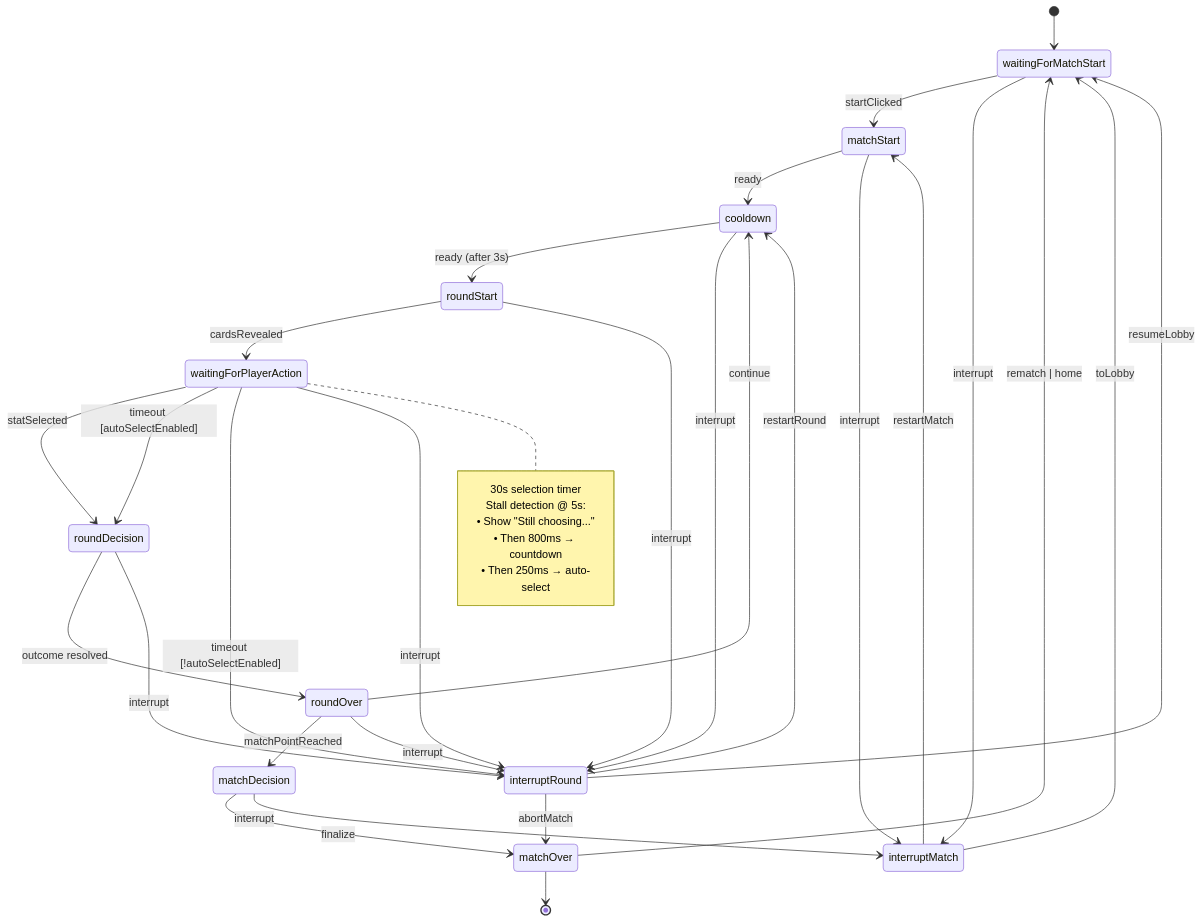
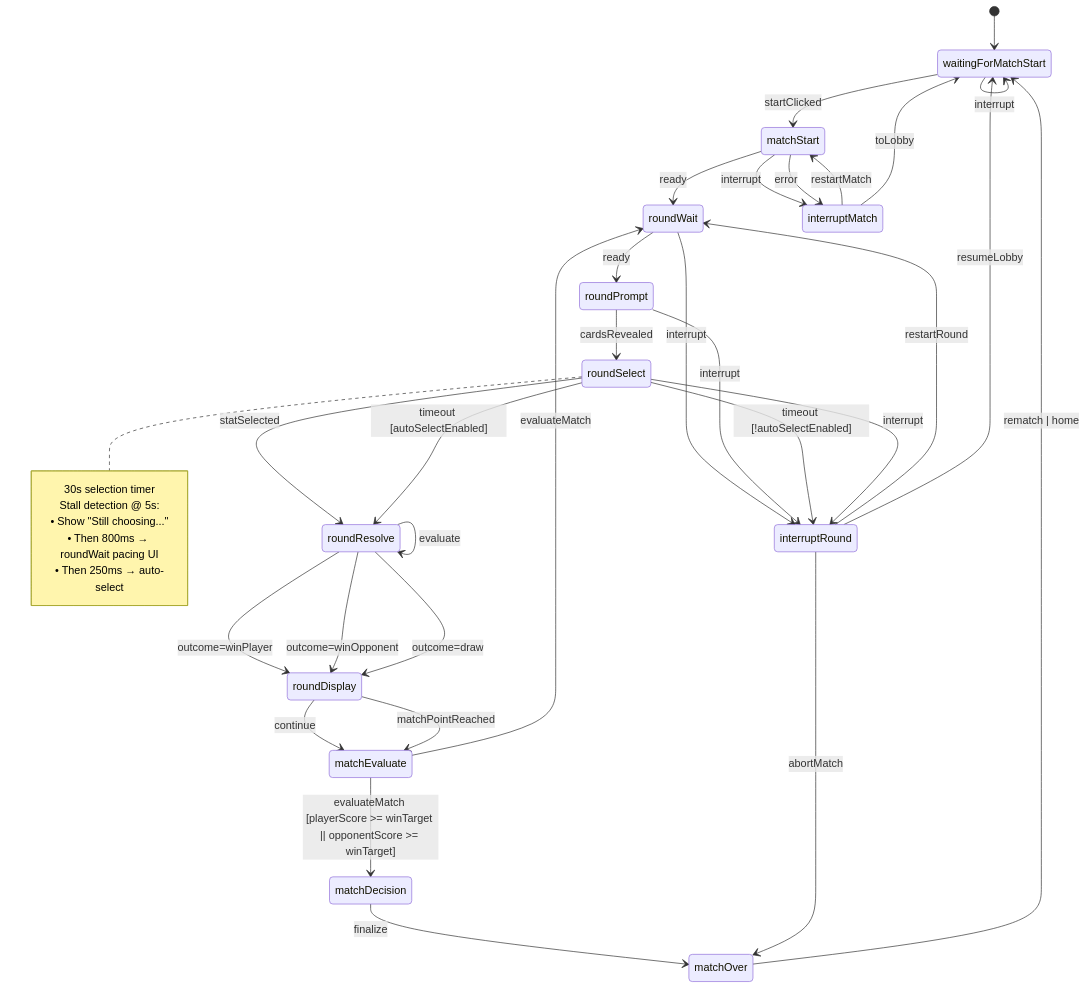
Before and after one commit to CyanAutomation/judokon: the first of 2 diagrams in design/productRequirementsDocuments/prdStateHandler.md, drawn with Mermaid. The commit also changed other lines of this file, not shown here.

````diff
--- a/design/productRequirementsDocuments/prdStateHandler.md
+++ b/design/productRequirementsDocuments/prdStateHandler.md
@@ -65,49 +71,52 @@
 ```mermaid
 stateDiagram-v2
   [*] --> waitingForMatchStart
 
   waitingForMatchStart --> matchStart: startClicked
-  waitingForMatchStart --> interruptMatch: interrupt
+  waitingForMatchStart --> waitingForMatchStart: interrupt
 
-  matchStart --> cooldown: ready
+  matchStart --> roundWait: ready
   matchStart --> interruptMatch: interrupt
+  matchStart --> interruptMatch: error
 
-  cooldown --> roundStart: ready (after 3s)
-  cooldown --> interruptRound: interrupt
+  roundWait --> roundPrompt: ready
+  roundWait --> interruptRound: interrupt
 
-  roundStart --> waitingForPlayerAction: cardsRevealed
-  roundStart --> interruptRound: interrupt
+  roundPrompt --> roundSelect: cardsRevealed
+  roundPrompt --> interruptRound: interrupt
 
-  waitingForPlayerAction --> roundDecision: statSelected
-  waitingForPlayerAction --> roundDecision: timeout [autoSelectEnabled]
-  waitingForPlayerAction --> interruptRound: timeout [!autoSelectEnabled]
-  waitingForPlayerAction --> interruptRound: interrupt
+  roundSelect --> roundResolve: statSelected
+  roundSelect --> roundResolve: timeout [autoSelectEnabled]
+  roundSelect --> interruptRound: timeout [!autoSelectEnabled]
+  roundSelect --> interruptRound: interrupt
 
-  note right of waitingForPlayerAction
+  note right of roundSelect
     30s selection timer
     Stall detection @ 5s:
     • Show "Still choosing..."
-    • Then 800ms → countdown
+    • Then 800ms → roundWait pacing UI
     • Then 250ms → auto-select
   end note
 
-  roundDecision --> roundOver: outcome resolved
-  roundDecision --> interruptRound: interrupt
+  roundResolve --> roundDisplay: outcome=winPlayer
+  roundResolve --> roundDisplay: outcome=winOpponent
+  roundResolve --> roundDisplay: outcome=draw
+  roundResolve --> roundResolve: evaluate
 
-  roundOver --> cooldown: continue
-  roundOver --> matchDecision: matchPointReached
-  roundOver --> interruptRound: interrupt
+  roundDisplay --> matchEvaluate: continue
+  roundDisplay --> matchEvaluate: matchPointReached
+
+  matchEvaluate --> matchDecision: evaluateMatch [playerScore >= winTarget || opponentScore >= winTarget]
+  matchEvaluate --> roundWait: evaluateMatch
 
   matchDecision --> matchOver: finalize
-  matchDecision --> interruptMatch: interrupt
 
   matchOver --> waitingForMatchStart: rematch | home
-  matchOver --> [*]
 
-  interruptRound --> cooldown: restartRound
+  interruptRound --> roundWait: restartRound
   interruptRound --> waitingForMatchStart: resumeLobby
   interruptRound --> matchOver: abortMatch
 
   interruptMatch --> matchStart: restartMatch
   interruptMatch --> waitingForMatchStart: toLobby
 ```
````
